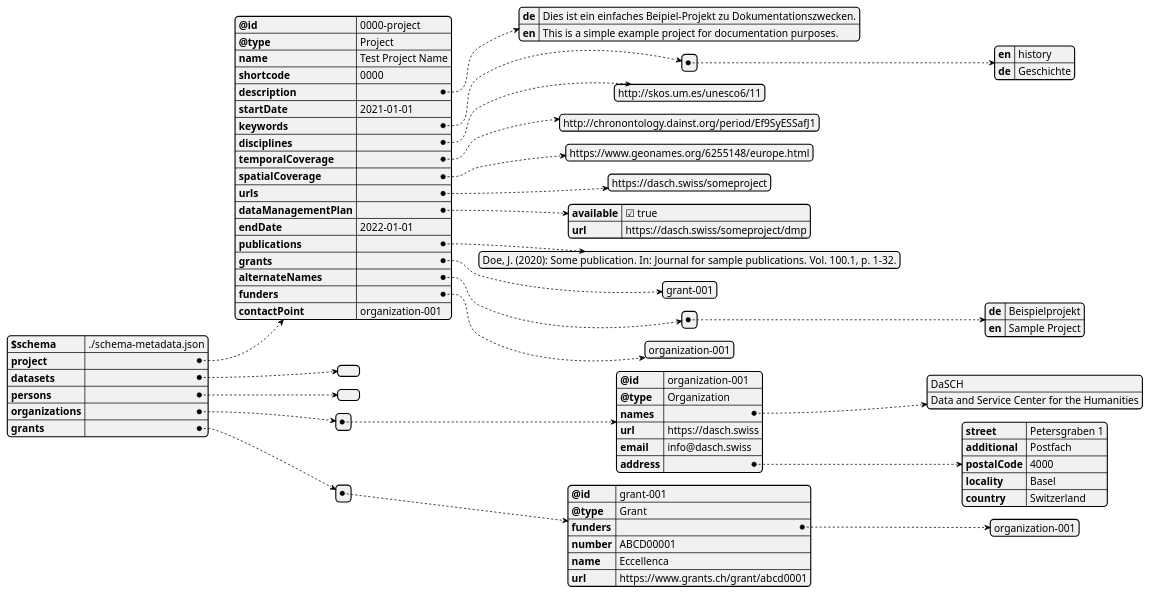
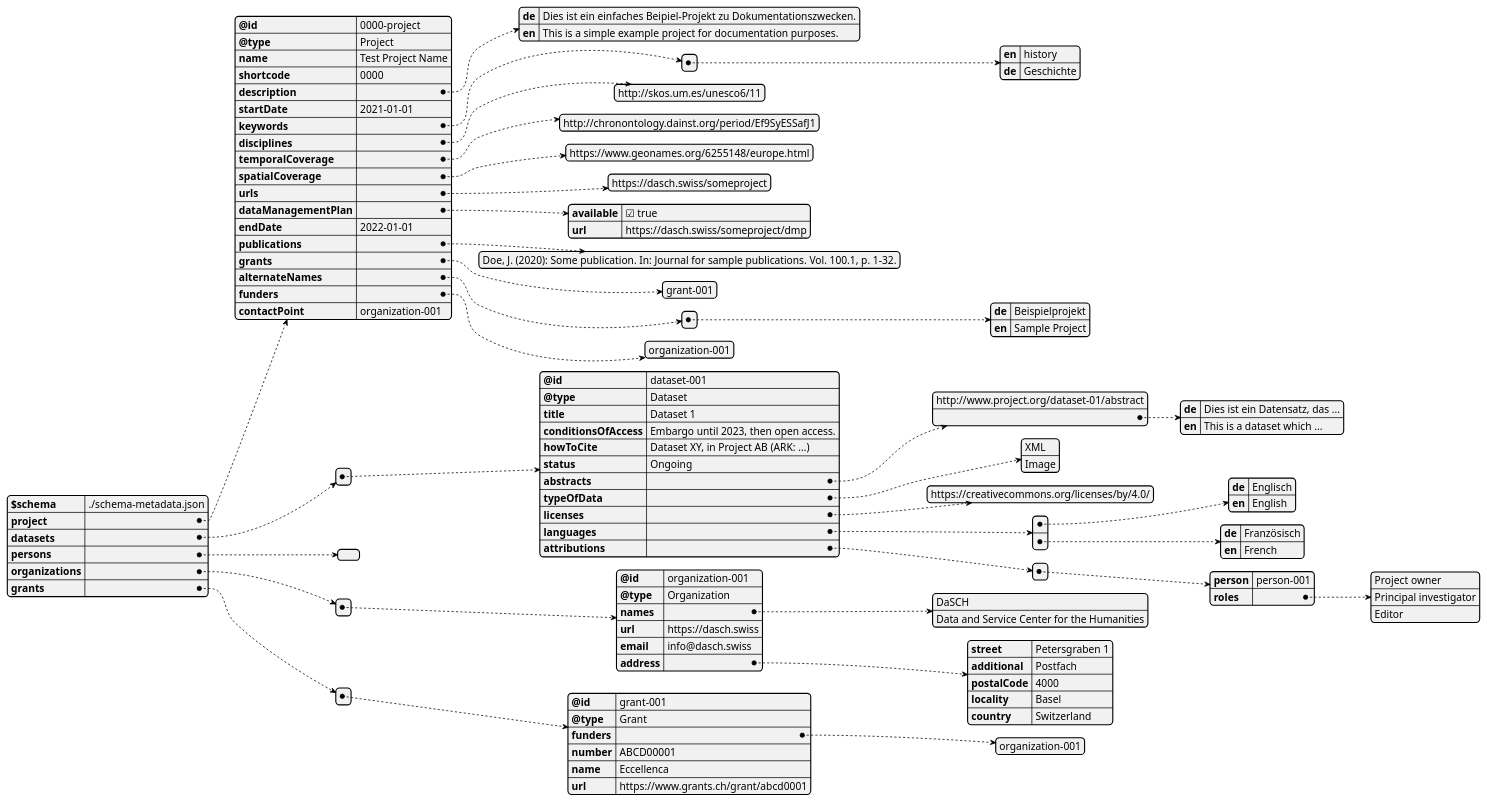
Before and after one commit to dasch-swiss/dasch-service-platform: the diagram in docs/services/metadata/api-example.puml, drawn with PlantUML. The commit also changed 5 other files, not shown here.

Commit message:
docs(metadata): api definition for required fields in type dataset

```diff
--- a/docs/services/metadata/api-example.puml
+++ b/docs/services/metadata/api-example.puml
@@ -1,91 +1,134 @@
 @startjson API-Example
 
 {
   "$schema": "./schema-metadata.json",
   "project": {
     "@id": "0000-project",
     "@type": "Project",
     "name": "Test Project Name",
     "shortcode": "0000",
     "description": {
       "de": "Dies ist ein einfaches Beipiel-Projekt zu Dokumentationszwecken.",
       "en": "This is a simple example project for documentation purposes."
     },
     "startDate": "2021-01-01",
     "keywords": [
       {
         "en": "history",
         "de": "Geschichte"
       }
     ],
     "disciplines": [
       "http://skos.um.es/unesco6/11"
     ],
     "temporalCoverage": [
       "http://chronontology.dainst.org/period/Ef9SyESSafJ1"
     ],
     "spatialCoverage": [
       "https://www.geonames.org/6255148/europe.html"
     ],
     "urls": [
       "https://dasch.swiss/someproject"
     ],
     "dataManagementPlan": {
       "available": true,
       "url": "https://dasch.swiss/someproject/dmp"
     },
     "endDate": "2022-01-01",
     "publications": [
       "Doe, J. (2020): Some publication. In: Journal for sample publications. Vol. 100.1, p. 1-32."
     ],
     "grants": [
       "grant-001"
     ],
     "alternateNames": [
       {
         "de": "Beispielprojekt",
         "en": "Sample Project"
       }
     ],
     "funders": [
       "organization-001"
     ],
     "contactPoint": "organization-001"
   },
-  "datasets": [],
+  "datasets": [
+    {
+      "@id": "dataset-001",
+      "@type": "Dataset",
+      "title": "Dataset 1",
+      "conditionsOfAccess": "Embargo until 2023, then open access.",
+      "howToCite": "Dataset XY, in Project AB (ARK: ...)",
+      "status": "Ongoing",
+      "abstracts": [
+        "http://www.project.org/dataset-01/abstract",
+        {
+          "de": "Dies ist ein Datensatz, das ...",
+          "en": "This is a dataset which ..."
+        }
+      ],
+      "typeOfData": [
+        "XML",
+        "Image"
+      ],
+      "licenses": [
+        "https://creativecommons.org/licenses/by/4.0/"
+      ],
+      "languages": [
+        {
+          "de": "Englisch",
+          "en": "English"
+        },
+        {
+          "de": "Französisch",
+          "en": "French"
+        }
+      ],
+      "attributions": [
+        {
+          "person": "person-001",
+          "roles": [
+            "Project owner",
+            "Principal investigator",
+            "Editor"
+          ]
+        }
+      ]
+    }
+  ],
   "persons": [],
   "organizations": [
     {
       "@id": "organization-001",
       "@type": "Organization",
       "names": [
         "DaSCH",
         "Data and Service Center for the Humanities"
       ],
       "url": "https://dasch.swiss",
       "email": "info@dasch.swiss",
       "address": {
         "street": "Petersgraben 1",
         "additional": "Postfach",
         "postalCode": "4000",
         "locality": "Basel",
         "country": "Switzerland"
       }
     }
   ],
   "grants": [
     {
       "@id": "grant-001",
       "@type": "Grant",
       "funders": [
         "organization-001"
       ],
       "number": "ABCD00001",
       "name": "Eccellenca",
       "url": "https://www.grants.ch/grant/abcd0001"
     }
   ]
 }
 
 
 @endjson
```
